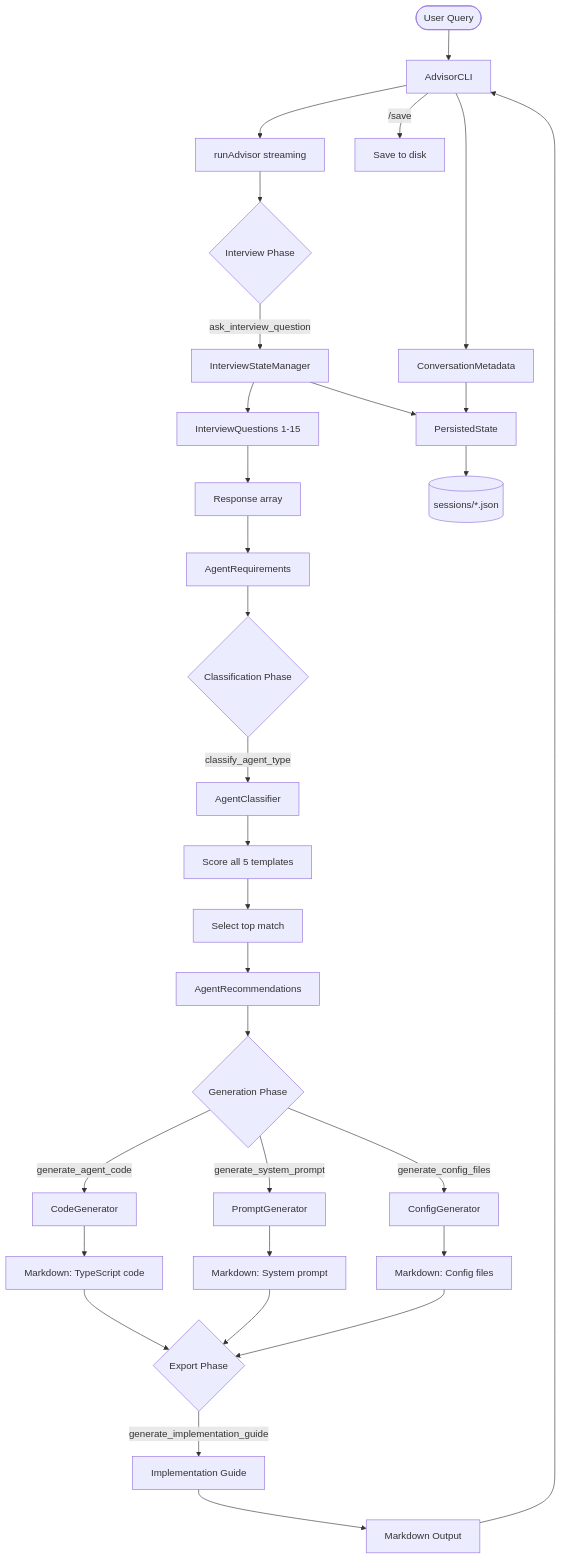
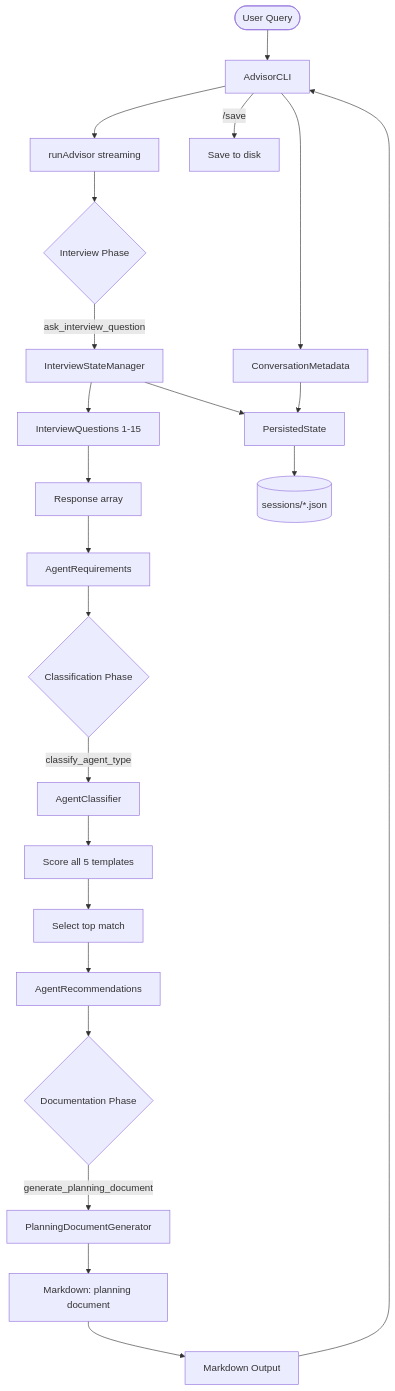
Before and after one commit to AmbitiousRealism2025/Agent-Advisor-MiniMax: the second of 3 diagrams in DATA_MODEL.md, drawn with Mermaid. The commit also changed other lines of this file and 4 other files, not shown here.

First line of the commit message:
Align documentation and code with documentation-only workflow

````diff
--- a/DATA_MODEL.md
+++ b/DATA_MODEL.md
@@ -642,41 +626,31 @@
 ```mermaid
 flowchart TD
     Start([User Query]) --> CLI[AdvisorCLI]
     CLI --> Stream[runAdvisor streaming]
 
     Stream --> Interview{Interview Phase}
     Interview -->|ask_interview_question| ISM[InterviewStateManager]
     ISM --> Questions[InterviewQuestions 1-15]
     Questions --> Responses[Response array]
     Responses --> Requirements[AgentRequirements]
 
     Requirements --> Classification{Classification Phase}
     Classification -->|classify_agent_type| Classifier[AgentClassifier]
     Classifier --> Score[Score all 5 templates]
     Score --> Top[Select top match]
     Top --> Recommendations[AgentRecommendations]
 
-    Recommendations --> Generation{Generation Phase}
-    Generation -->|generate_agent_code| CodeGen[CodeGenerator]
-    Generation -->|generate_system_prompt| PromptGen[PromptGenerator]
-    Generation -->|generate_config_files| ConfigGen[ConfigGenerator]
+    Recommendations --> Documentation{Documentation Phase}
+    Documentation -->|generate_planning_document| DocGen[PlanningDocumentGenerator]
 
-    CodeGen --> Markdown1[Markdown: TypeScript code]
-    PromptGen --> Markdown2[Markdown: System prompt]
-    ConfigGen --> Markdown3[Markdown: Config files]
-
-    Markdown1 --> Export{Export Phase}
-    Markdown2 --> Export
-    Markdown3 --> Export
-    Export -->|generate_implementation_guide| Guide[Implementation Guide]
-
-    Guide --> Output[Markdown Output]
+    DocGen --> Markdown[Markdown: planning document]
+    Markdown --> Output[Markdown Output]
     Output --> CLI
     CLI -->|/save| File[Save to disk]
 
     ISM --> Persist[PersistedState]
     Persist --> Sessions[(sessions/*.json)]
 
     CLI --> Metadata[ConversationMetadata]
     Metadata --> Persist
 ```
````
